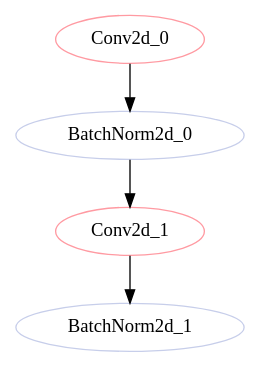
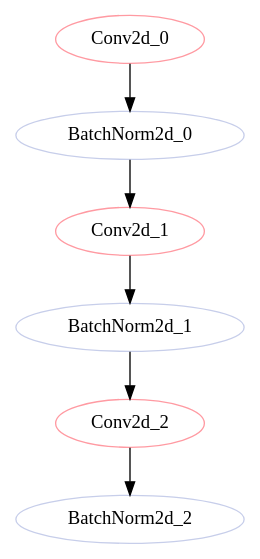
The diagram in dags/mobilenet_v2_memory_features_1_conv_0_0_op.dot (11222-Meng/DNN_Bottlen_Layer_Analysis), drawn with Graphviz before and after one commit. The commit also changed 135 other files, not shown here.

```diff
--- a/dags/mobilenet_v2_memory_features_1_conv_0_0_op.dot
+++ b/dags/mobilenet_v2_memory_features_1_conv_0_0_op.dot
@@ -1,21 +1,31 @@
 strict digraph "" {
 	Conv2d_0	[color="#FF9AA2",
-		layer_name="features.1.conv.0.0",
-		params=288,
+		layer_name="features.0.0",
+		params=864,
 		type=Conv2d];
 	BatchNorm2d_0	[color="#C7CEEA",
-		layer_name="features.1.conv.0.1",
+		layer_name="features.0.1",
 		params=64,
 		type=BatchNorm2d];
 	Conv2d_0 -> BatchNorm2d_0;
 	Conv2d_1	[color="#FF9AA2",
+		layer_name="features.1.conv.0.0",
+		params=288,
+		type=Conv2d];
+	BatchNorm2d_0 -> Conv2d_1;
+	BatchNorm2d_1	[color="#C7CEEA",
+		layer_name="features.1.conv.0.1",
+		params=64,
+		type=BatchNorm2d];
+	Conv2d_1 -> BatchNorm2d_1;
+	Conv2d_2	[color="#FF9AA2",
 		layer_name="features.1.conv.1",
 		params=512,
 		type=Conv2d];
-	BatchNorm2d_0 -> Conv2d_1;
-	BatchNorm2d_1	[color="#C7CEEA",
+	BatchNorm2d_1 -> Conv2d_2;
+	BatchNorm2d_2	[color="#C7CEEA",
 		layer_name="features.1.conv.2",
 		params=32,
 		type=BatchNorm2d];
-	Conv2d_1 -> BatchNorm2d_1;
+	Conv2d_2 -> BatchNorm2d_2;
 }
```
